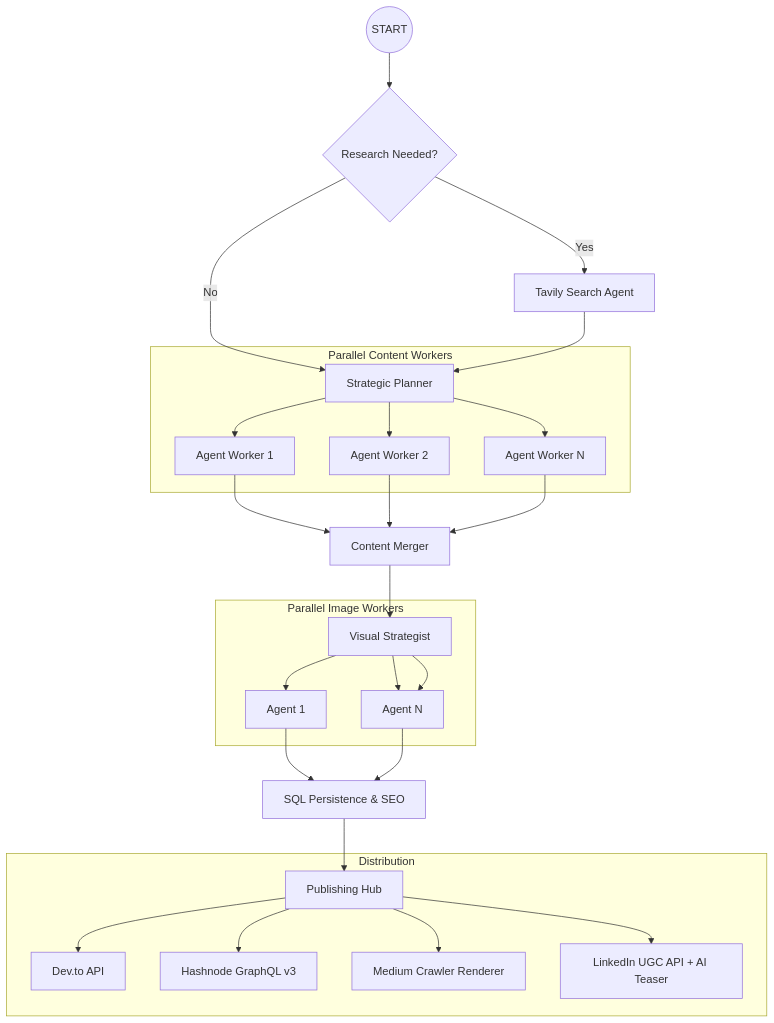
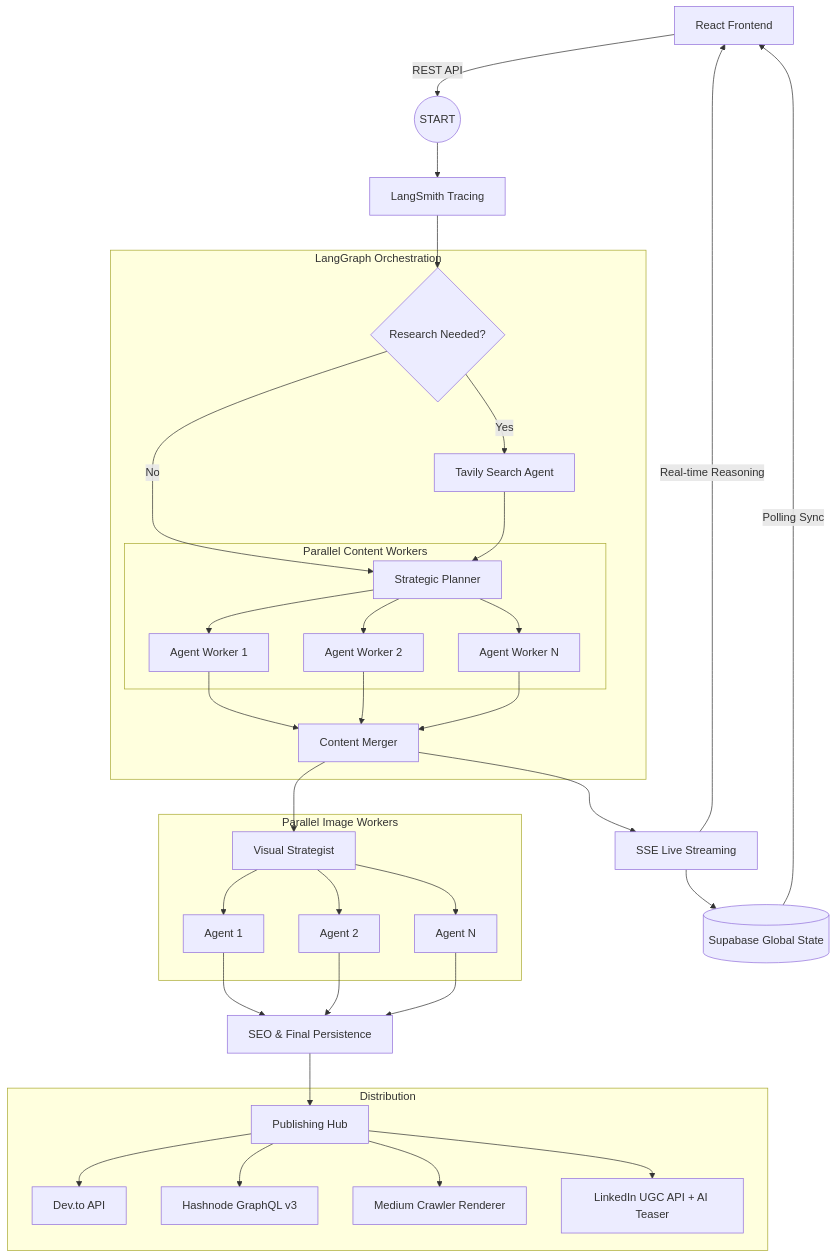
Before and after one commit to tanishra/scribe-flow: the diagram in README.md, drawn with Mermaid. The commit also changed other lines of this file, not shown here.

Commit message:
updated the architecture in README

````diff
--- a/README.md
+++ b/README.md
@@ -24,32 +25,44 @@
 ```mermaid
 graph TD
-    Start((START)) --> Router{Research Needed?}
+    UI[React Frontend] -- REST API --> Start((START))
+    
+    Start --> LS[LangSmith Tracing]
+    LS --> Router{Research Needed?}
+    
+    subgraph LangGraph Orchestration
     Router -- Yes --> Research[Tavily Search Agent]
     Router -- No --> Orchestrator
     Research --> Orchestrator[Strategic Planner]
     
     subgraph Parallel Content Workers
     Orchestrator --> W1[Agent Worker 1]
     Orchestrator --> W2[Agent Worker 2]
     Orchestrator --> W3[Agent Worker N]
     end
     
     W1 & W2 & W3 --> Reducer[Content Merger]
+    end
+    
+    Reducer --> Stream[SSE Live Streaming]
+    Stream -- Real-time Reasoning --> UI
+    Stream --> State[(Supabase Global State)]
+    State -- Polling Sync --> UI
+    
     Reducer --> ImgDecide[Visual Strategist]
     
     subgraph Parallel Image Workers
     ImgDecide --> IW1[Agent 1]
     ImgDecide --> IW2[Agent 2]
-    ImgDecide --> IW2[Agent N]
+    ImgDecide --> IW3[Agent N]
     end
     
-    IW1 & IW2 --> Finalize[SQL Persistence & SEO]
+    IW1 & IW2 & IW3 --> Finalize[SEO & Final Persistence]
     Finalize --> Hub[Publishing Hub]
     
     subgraph Distribution
     Hub --> Dev[Dev.to API]
     Hub --> HN[Hashnode GraphQL v3]
     Hub --> Med[Medium Crawler Renderer]
     Hub --> LI[LinkedIn UGC API + AI Teaser]
     end
 ```
````
